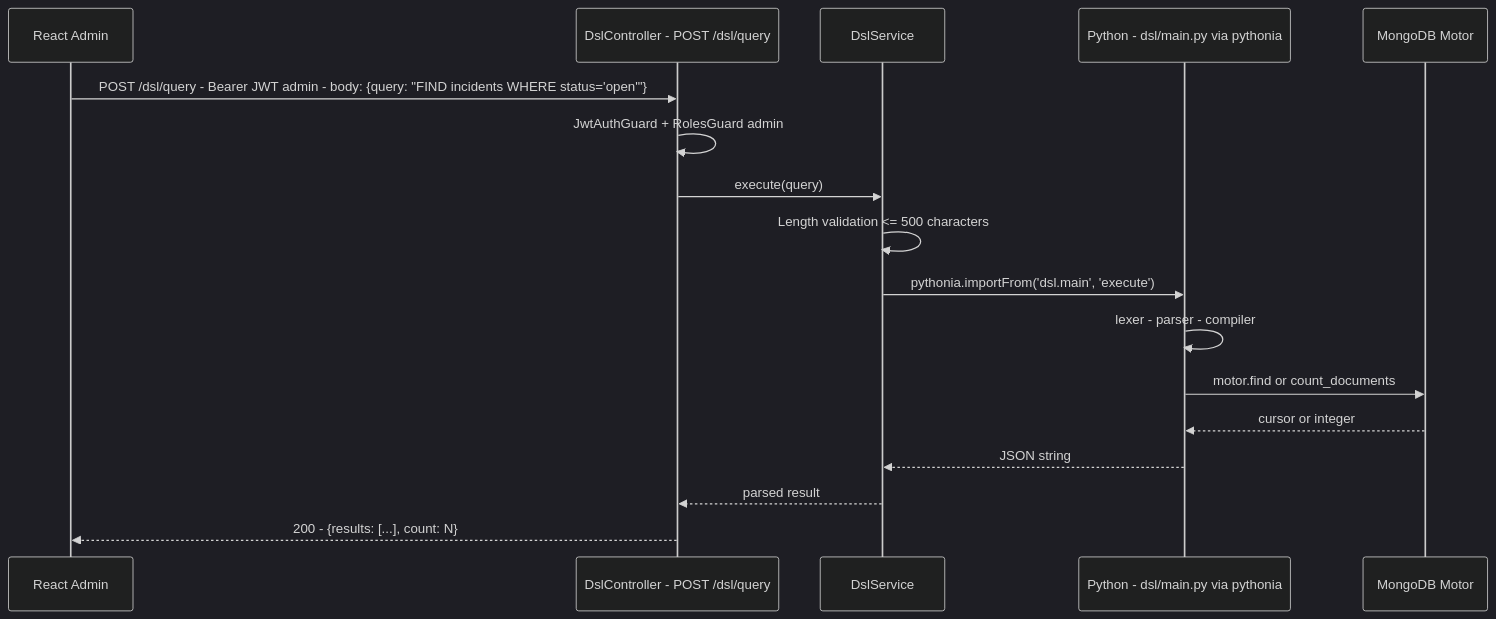
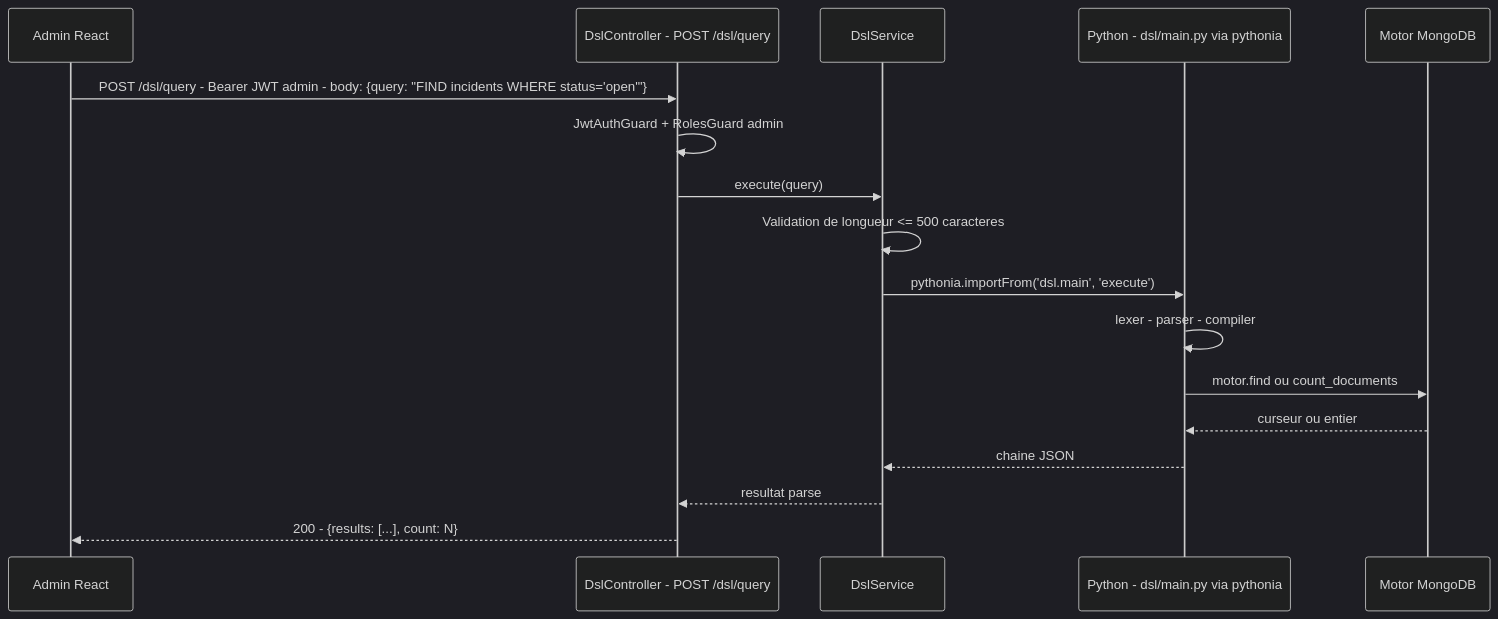
One commit to creibaud/QuartierConnect changed the second of 2 diagrams in docs/DSL.md. Above: the diagram before and after it, drawn with Mermaid (dark theme). The commit also changed other lines of this file and 5 other files, not shown here.

````diff
--- a/docs/DSL.md
+++ b/docs/DSL.md
@@ -54,20 +54,20 @@
 ```mermaid
 sequenceDiagram
-    participant Admin as React Admin
+    participant Admin as Admin React
     participant NestJS as DslController - POST /dsl/query
     participant Svc as DslService
     participant PY as Python - dsl/main.py via pythonia
-    participant Mongo as MongoDB Motor
+    participant Mongo as Motor MongoDB
 
     Admin->>NestJS: POST /dsl/query - Bearer JWT admin - body: {query: "FIND incidents WHERE status='open'"}
     NestJS->>NestJS: JwtAuthGuard + RolesGuard admin
     NestJS->>Svc: execute(query)
-    Svc->>Svc: Length validation <= 500 characters
+    Svc->>Svc: Validation de longueur <= 500 caracteres
     Svc->>PY: pythonia.importFrom('dsl.main', 'execute')
     PY->>PY: lexer - parser - compiler
-    PY->>Mongo: motor.find or count_documents
-    Mongo-->>PY: cursor or integer
-    PY-->>Svc: JSON string
-    Svc-->>NestJS: parsed result
+    PY->>Mongo: motor.find ou count_documents
+    Mongo-->>PY: curseur ou entier
+    PY-->>Svc: chaine JSON
+    Svc-->>NestJS: resultat parse
     NestJS-->>Admin: 200 - {results: [...], count: N}
 ```
````
